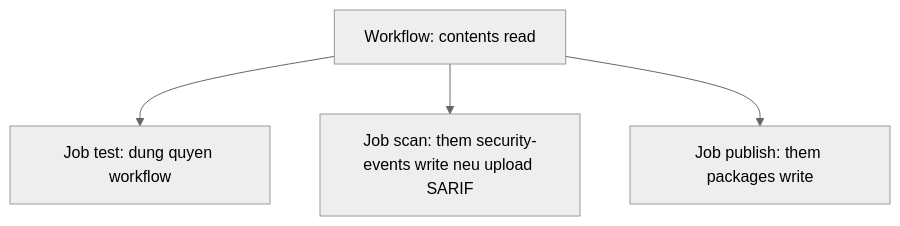
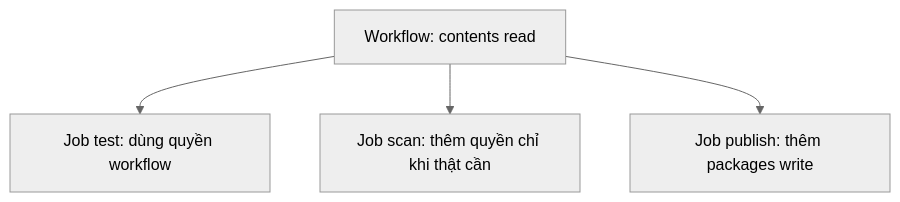
The diagram in labs/week-10/session-20.md (TienNHM/devops-course), drawn with Mermaid (neutral theme) before and after one commit. The commit also changed other lines of this file and 266 other files, not shown here.

````diff
--- a/labs/week-10/session-20.md
+++ b/labs/week-10/session-20.md
@@ -141,6 +67,6 @@
 ```mermaid
 flowchart TD
-  WF["Workflow: contents read"] --> J1["Job test: dung quyen workflow"]
-  WF --> J2["Job scan: them security-events write neu upload SARIF"]
-  WF --> J3["Job publish: them packages write"]
+  WF["Workflow: contents read"] --> J1["Job test: dùng quyền workflow"]
+  WF --> J2["Job scan: thêm quyền chỉ khi thật cần"]
+  WF --> J3["Job publish: thêm packages write"]
 ```
````
